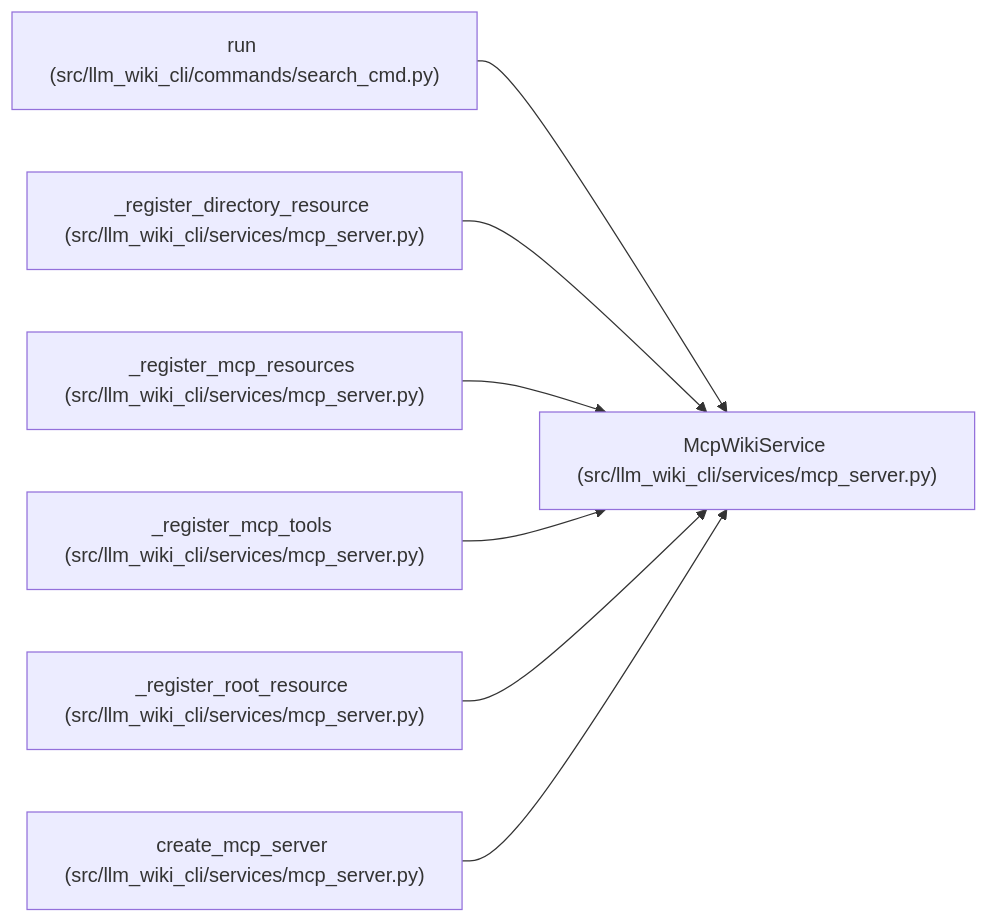
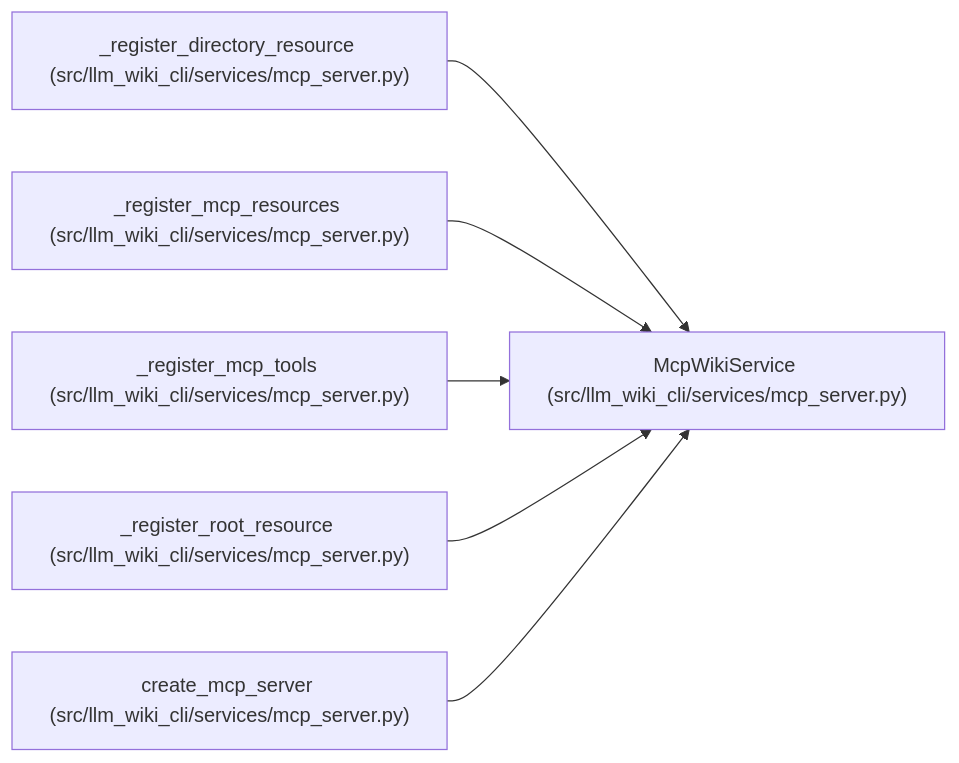
The diagram in docs/llm_wiki/entities/McpWikiService.md (Denissvgn/python-wiki-llm), drawn with Mermaid before and after one commit. The commit also changed other lines of this file and 865 other files, not shown here.

````diff
--- a/docs/llm_wiki/entities/McpWikiService.md
+++ b/docs/llm_wiki/entities/McpWikiService.md
@@ -55,23 +64,20 @@
 ```mermaid
 flowchart LR
     n0["McpWikiService (src/llm_wiki_cli/services/mcp_server.py)"]
-    n1["run (src/llm_wiki_cli/commands/search_cmd.py)"]
-    n2["_register_directory_resource (src/llm_wiki_cli/services/mcp_server.py)"]
-    n3["_register_mcp_resources (src/llm_wiki_cli/services/mcp_server.py)"]
-    n4["_register_mcp_tools (src/llm_wiki_cli/services/mcp_server.py)"]
-    n5["_register_root_resource (src/llm_wiki_cli/services/mcp_server.py)"]
-    n6["create_mcp_server (src/llm_wiki_cli/services/mcp_server.py)"]
+    n1["_register_directory_resource (src/llm_wiki_cli/services/mcp_server.py)"]
+    n2["_register_mcp_resources (src/llm_wiki_cli/services/mcp_server.py)"]
+    n3["_register_mcp_tools (src/llm_wiki_cli/services/mcp_server.py)"]
+    n4["_register_root_resource (src/llm_wiki_cli/services/mcp_server.py)"]
+    n5["create_mcp_server (src/llm_wiki_cli/services/mcp_server.py)"]
     n1 --> n0
     n2 --> n0
     n3 --> n0
     n4 --> n0
     n5 --> n0
-    n6 --> n0
     click n0 "../modules/mcp_server.md"
-    click n1 "../modules/search_cmd.md"
+    click n1 "../modules/mcp_server.md"
     click n2 "../modules/mcp_server.md"
     click n3 "../modules/mcp_server.md"
     click n4 "../modules/mcp_server.md"
     click n5 "../modules/mcp_server.md"
-    click n6 "../modules/mcp_server.md"
 ```
````
